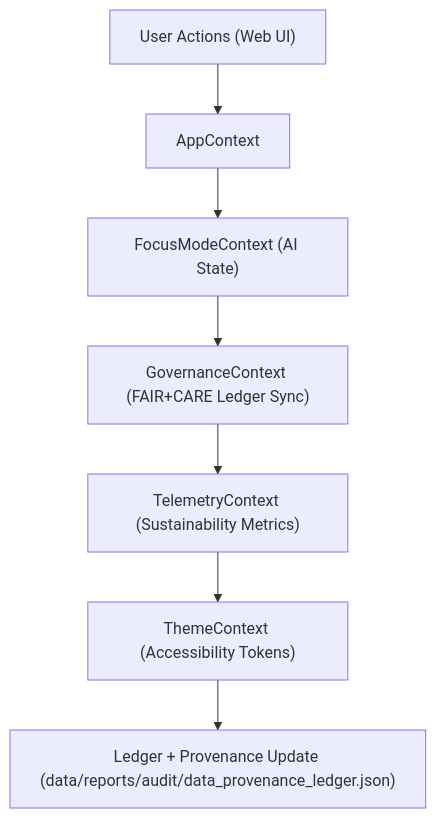
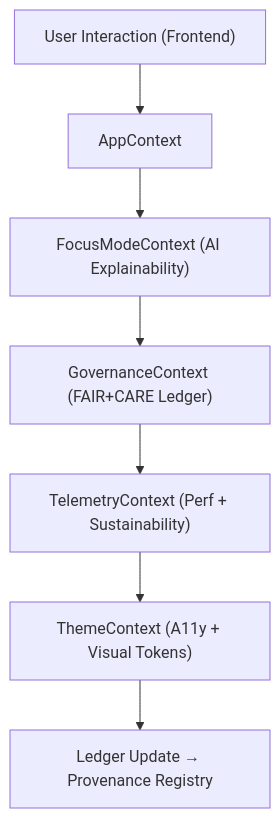
One commit to bartytime4life/Kansas-Frontier-Matrix changed the diagram in web/src/context/README.md. Above: the diagram before and after it, drawn with Mermaid. The commit also changed other lines of this file, not shown here.

````diff
--- a/web/src/context/README.md
+++ b/web/src/context/README.md
@@ -65,9 +62,9 @@
 ```mermaid
 flowchart TD
-    A["User Actions (Web UI)"] --> B["AppContext"]
-    B --> C["FocusModeContext (AI State)"]
-    C --> D["GovernanceContext (FAIR+CARE Ledger Sync)"]
-    D --> E["TelemetryContext (Sustainability Metrics)"]
-    E --> F["ThemeContext (Accessibility Tokens)"]
-    F --> G["Ledger + Provenance Update (data/reports/audit/data_provenance_ledger.json)"]
+A["User Interaction (Frontend)"] --> B["AppContext"]
+B --> C["FocusModeContext (AI Explainability)"]
+C --> D["GovernanceContext (FAIR+CARE Ledger)"]
+D --> E["TelemetryContext (Perf + Sustainability)"]
+E --> F["ThemeContext (A11y + Visual Tokens)"]
+F --> G["Ledger Update → Provenance Registry"]
 ```
````
